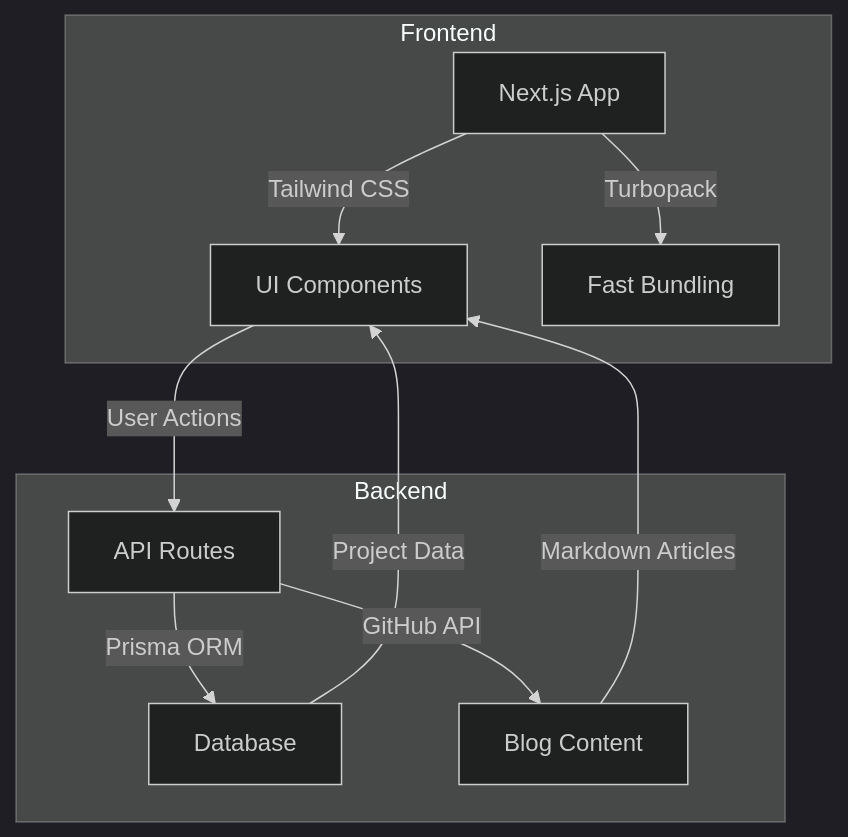
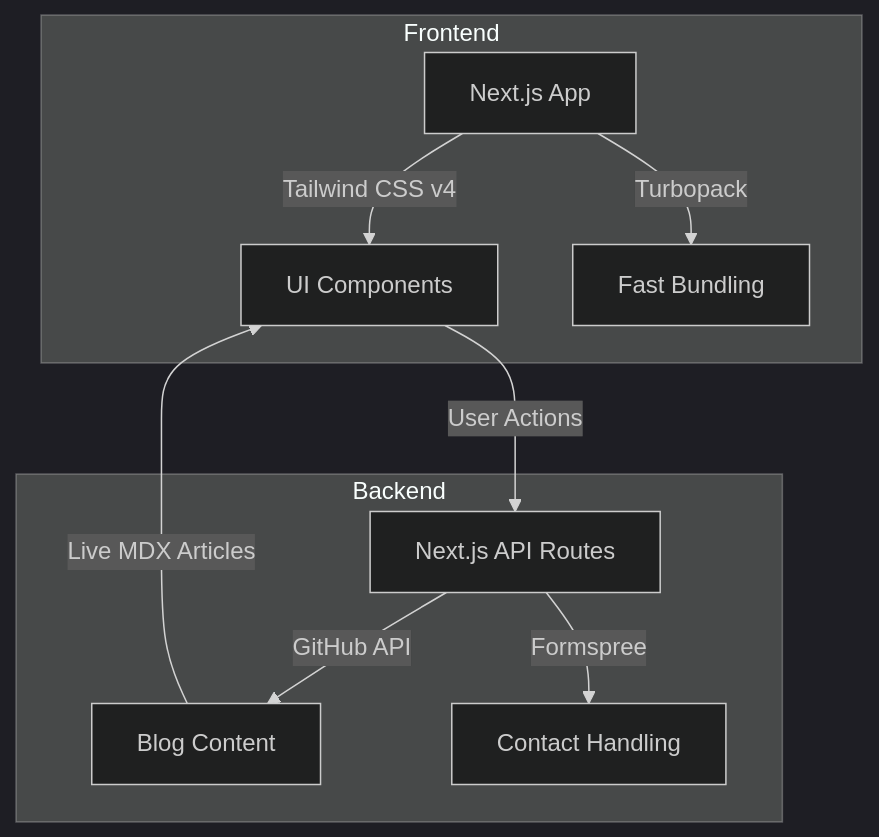
Before and after one commit to Mohammad77Radwan/PortfolioMR: the first of 4 diagrams in README.md, drawn with Mermaid (dark theme). The commit also changed other lines of this file and 1 other file, not shown here.

````diff
--- a/README.md
+++ b/README.md
@@ -39,14 +50,13 @@
 ```mermaid
 graph TD
     subgraph Frontend
-        A[Next.js App] -- "Tailwind CSS" --> B[UI Components]
+        A[Next.js App] -- "Tailwind CSS v4" --> B[UI Components]
         A -- "Turbopack" --> C[Fast Bundling]
     end
     subgraph Backend
-        D[API Routes] -- "Prisma ORM" --> E[Database]
-        D -- "GitHub API" --> F[Blog Content]
+        D[Next.js API Routes] -- "GitHub API" --> F[Blog Content]
+        D -- "Formspree" --> E[Contact Handling]
     end
     B -- "User Actions" --> D
-    F -- "Markdown Articles" --> B
-    E -- "Project Data" --> B
+    F -- "Live MDX Articles" --> B
 ```
````
